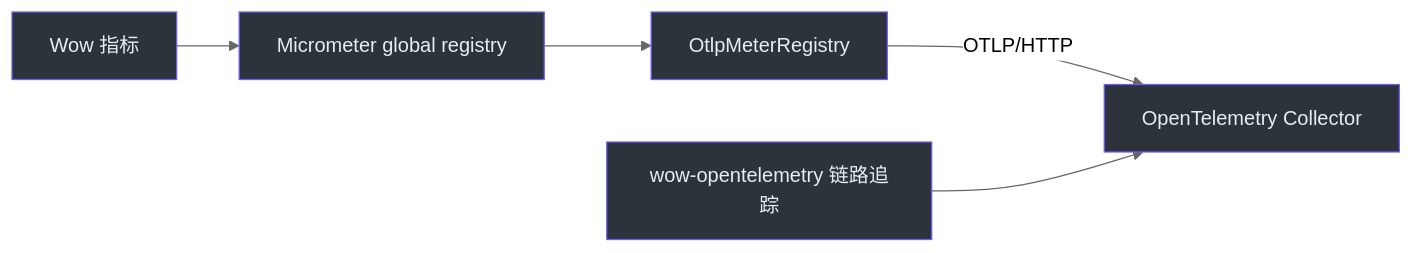
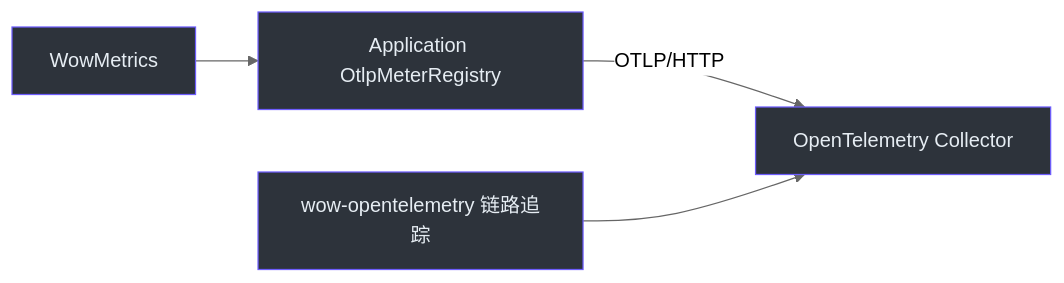
Before and after one commit to Ahoo-Wang/Wow: the diagram in documentation/docs/zh/reference/config/observability.md, drawn with Mermaid (neutral theme). The commit also changed other lines of this file and 102 other files, not shown here.

````diff
--- a/documentation/docs/zh/reference/config/observability.md
+++ b/documentation/docs/zh/reference/config/observability.md
@@ -132,10 +131,9 @@
 ```mermaid
 flowchart LR
-    Wow["Wow 指标"] --> Global["Micrometer global registry"]
-    Global --> Otlp["OtlpMeterRegistry"]
+    Wow["WowMetrics"] --> Otlp["Application OtlpMeterRegistry"]
     Otlp -->|"OTLP/HTTP"| Collector["OpenTelemetry Collector"]
     Tracing["wow-opentelemetry 链路追踪"] --> Collector
 
     classDef telemetry fill:#2d333b,stroke:#6d5dfc,color:#e6edf3
-    class Wow,Global,Otlp,Collector,Tracing telemetry
+    class Wow,Otlp,Collector,Tracing telemetry
 ```
````
